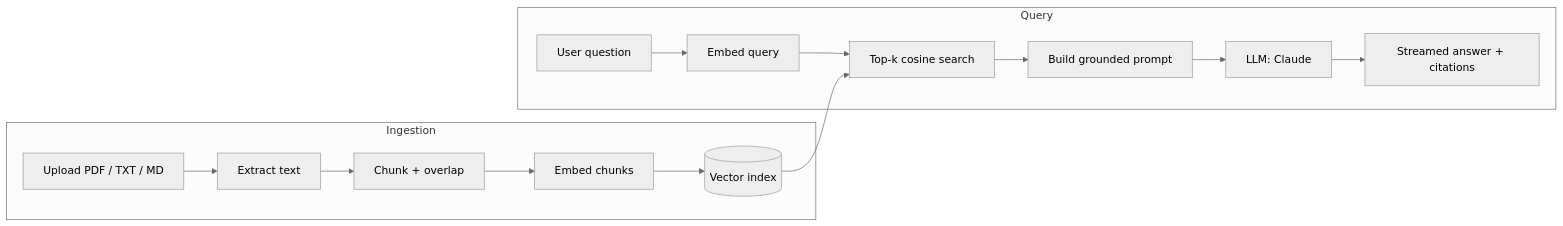
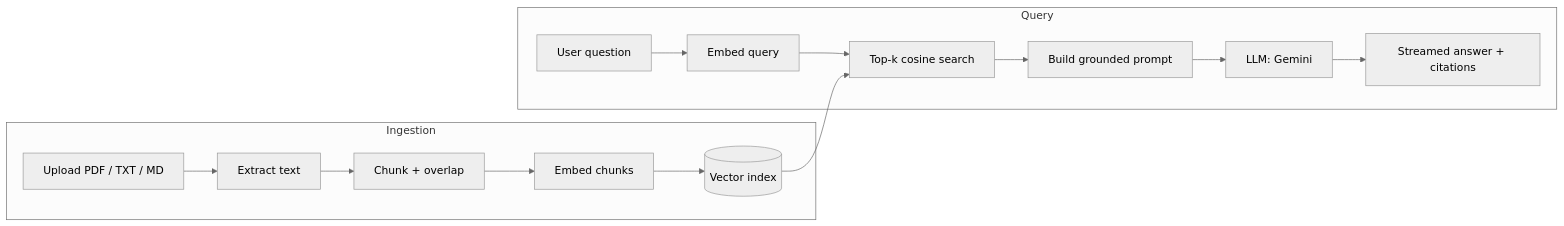
One commit to tornikepe/rag-knowledge-assistant changed the diagram in README.md. Above: the diagram before and after it, drawn with Mermaid (neutral theme). The commit also changed other lines of this file and 8 other files, not shown here.

First line of the commit message:
Migrate LLM + embeddings to Gemini (free tier), keep providers pluggable

````diff
--- a/README.md
+++ b/README.md
@@ -73,18 +73,18 @@
 ```mermaid
 flowchart LR
     subgraph Ingestion
         U[Upload PDF / TXT / MD] --> P[Extract text]
         P --> C[Chunk + overlap]
         C --> E1[Embed chunks]
         E1 --> V[(Vector index)]
     end
 
     subgraph Query
         Q[User question] --> E2[Embed query]
         E2 --> R[Top-k cosine search]
         V --> R
         R --> PR[Build grounded prompt]
-        PR --> L[LLM: Claude]
+        PR --> L[LLM: Gemini]
         L --> A[Streamed answer + citations]
     end
 ```
````
